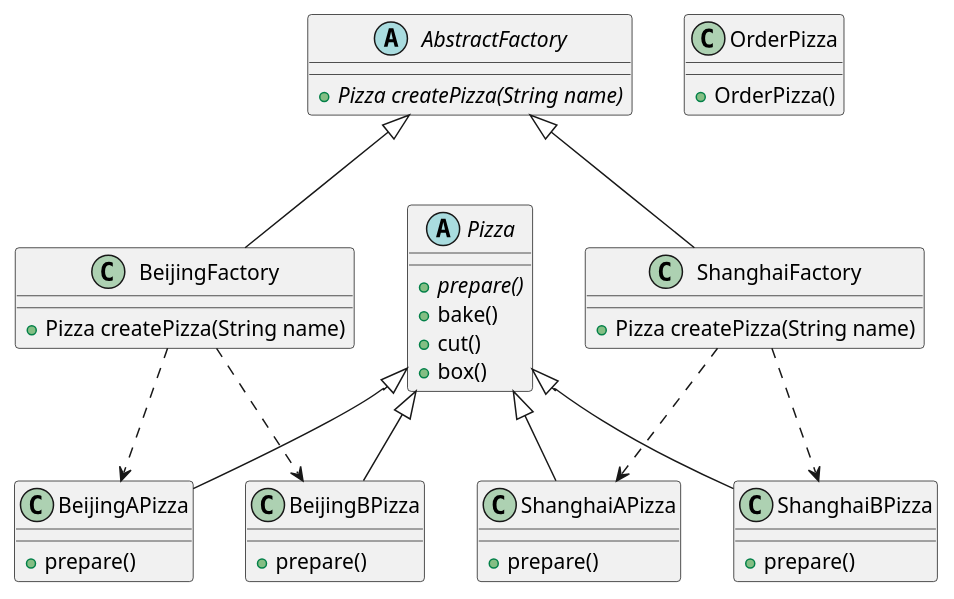
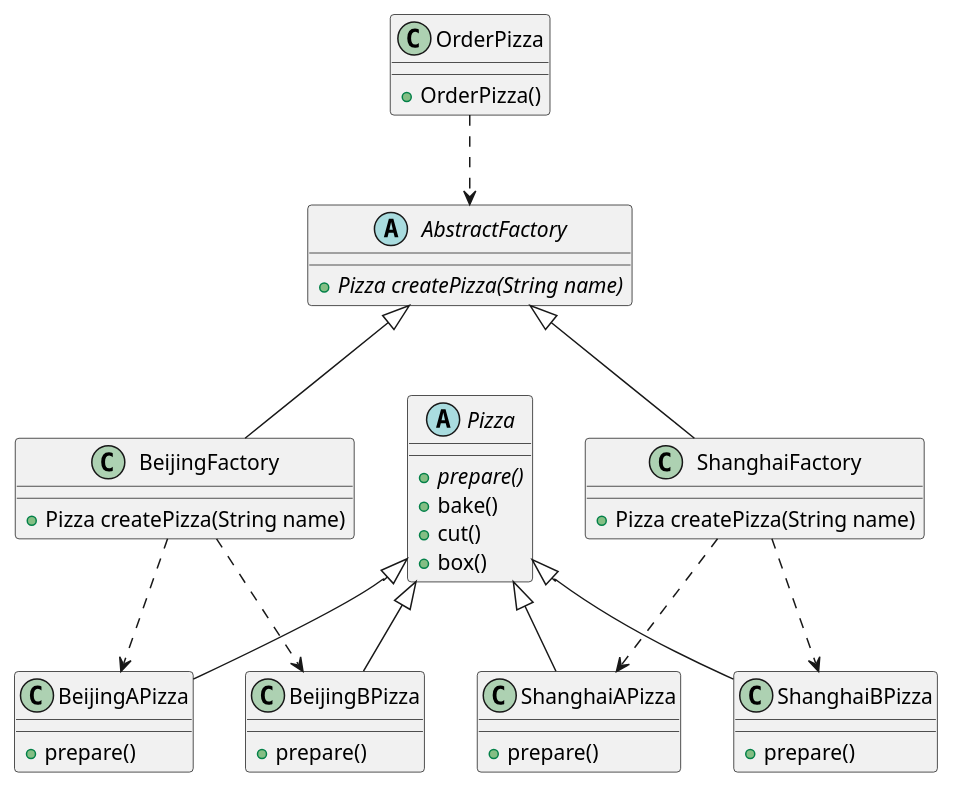
One commit to yushixin-1024/DesignPattern changed the diagram in src/main/java/com/ysx/create/factory/abstract_factory/AbstractFactory.puml. Above: the diagram before and after it, drawn with PlantUML. The commit also changed 4 other files, not shown here.

```diff
--- a/src/main/java/com/ysx/create/factory/abstract_factory/AbstractFactory.puml
+++ b/src/main/java/com/ysx/create/factory/abstract_factory/AbstractFactory.puml
@@ -1,69 +1,72 @@
 @startuml
 'https://plantuml.com/class-diagram
 
 '泛化(继承)
 Pizza <|-- ShanghaiAPizza
 Pizza <|-- ShanghaiBPizza
 Pizza <|-- BeijingAPizza
 Pizza <|-- BeijingBPizza
 
 '泛化(继承)
 AbstractFactory <|-- ShanghaiFactory
 AbstractFactory <|-- BeijingFactory
 
 '依赖
 ShanghaiFactory ..> ShanghaiAPizza
 ShanghaiFactory ..> ShanghaiBPizza
 
 '依赖
 BeijingFactory ..> BeijingAPizza
 BeijingFactory ..> BeijingBPizza
+
+'依赖
+OrderPizza ..> AbstractFactory
 
 '披萨订单
 class OrderPizza {
     +OrderPizza()
 }
 
 '上海披萨工厂
 class ShanghaiFactory {
     +Pizza createPizza(String name)
 }
 
 '北京披萨工厂
 class BeijingFactory {
     +Pizza createPizza(String name)
 }
 
 '抽象工厂
 abstract class AbstractFactory {
     +{abstract} Pizza createPizza(String name)
 }
 
 '上海A披萨
 class ShanghaiAPizza {
     +prepare()
 }
 
 '上海B披萨
 class ShanghaiBPizza {
     +prepare()
 }
 
 '北京A披萨
 class BeijingAPizza {
     +prepare()
 }
 
 '北京B披萨
 class BeijingBPizza {
     +prepare()
 }
 
 '披萨抽象类
 abstract class Pizza {
     +{abstract} prepare()
     +bake()
     +cut()
     +box()
 }
 @enduml
```
